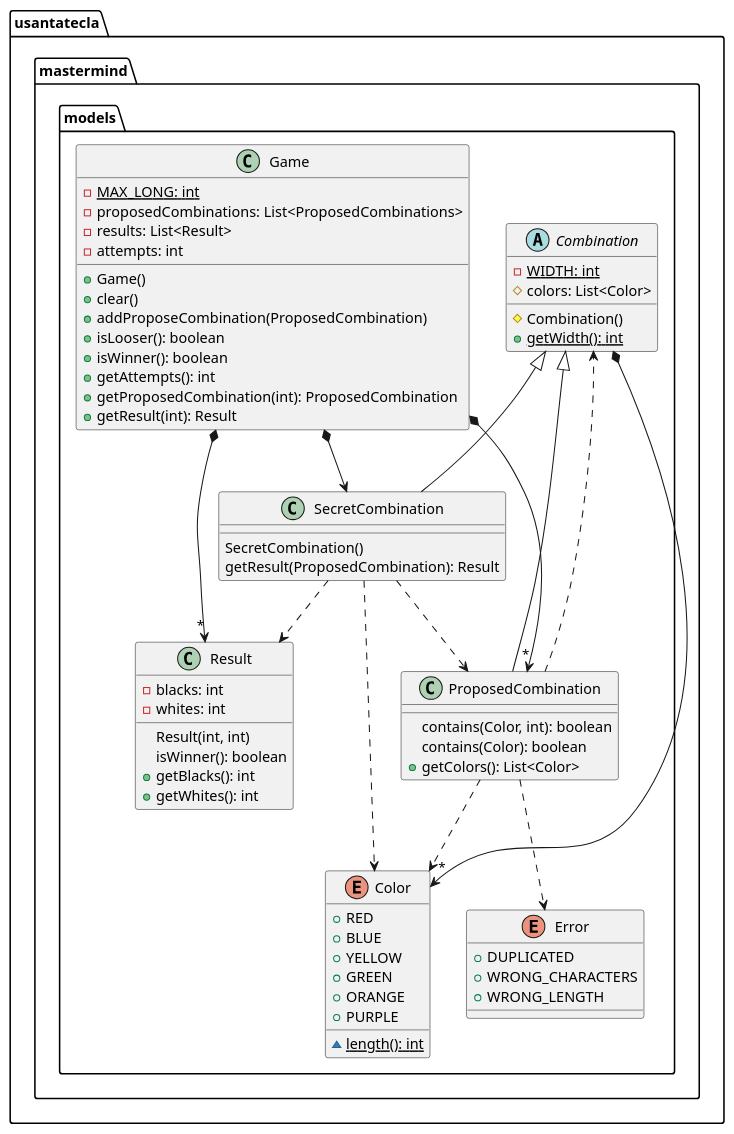
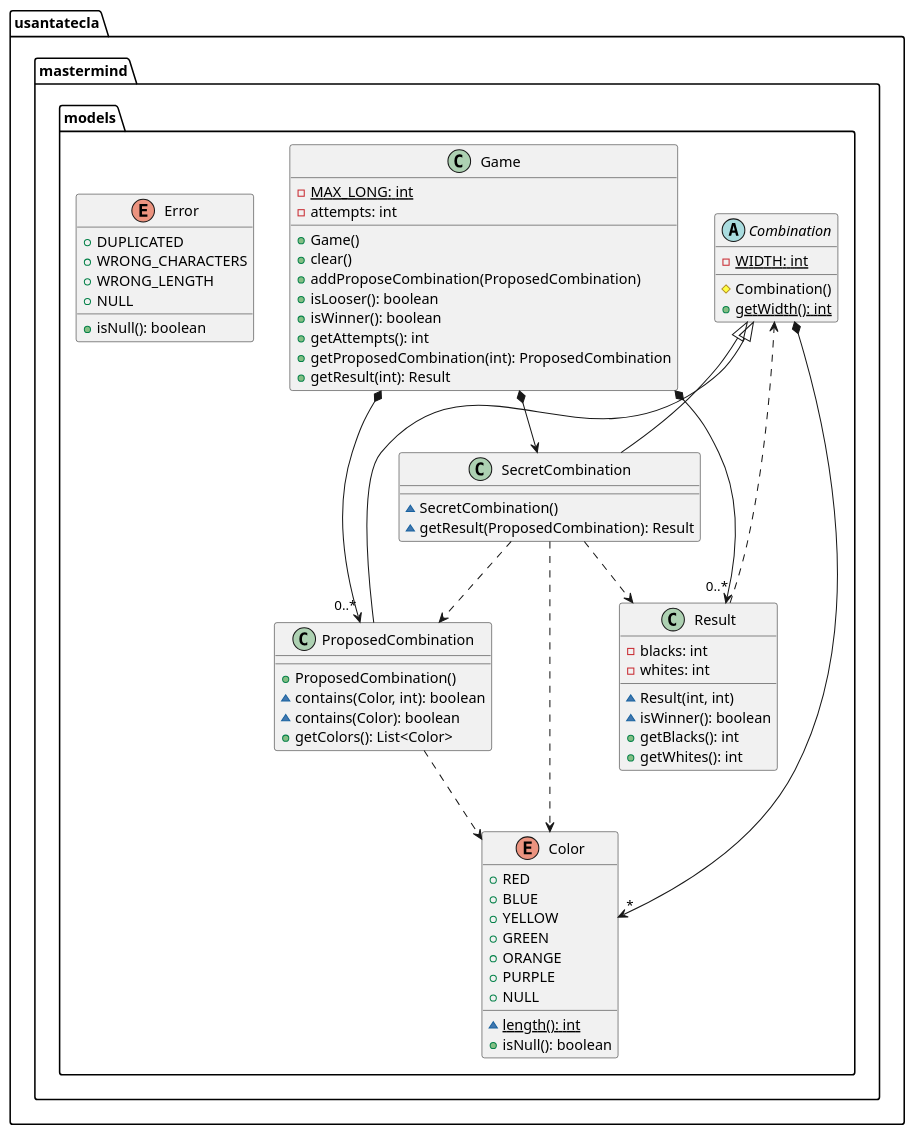
One commit to SantaTecla-mastermind/solution.java.swing.socket.sql changed the fifth of 6 diagrams in documentView/withFactoryMethod/docs/diagrams/src/paquetes.plantuml. Above: the diagram before and after it, drawn with PlantUML. The commit also changed other lines of this file and 17 other files, not shown here.

```diff
--- a/documentView/withFactoryMethod/docs/diagrams/src/paquetes.plantuml
+++ b/documentView/withFactoryMethod/docs/diagrams/src/paquetes.plantuml
@@ -310,72 +346,74 @@
-@startuml mastermind.models
-enum usantatecla.mastermind.models.Color {
-+ RED
-+ BLUE
-+ YELLOW
-+ GREEN
-+ ORANGE
-+ PURPLE
-~ {static} length(): int
-}
-
+@startuml usantatecla.mastermind.models
 abstract class usantatecla.mastermind.models.Combination {
 - {static} WIDTH: int
-# colors: List<Color>
 # Combination()
 + {static} getWidth(): int
 }
 usantatecla.mastermind.models.Combination *-down-> "*" usantatecla.mastermind.models.Color
 
-enum usantatecla.mastermind.models.Error {
-+ DUPLICATED
-+ WRONG_CHARACTERS
-+ WRONG_LENGTH
-}
-
 class usantatecla.mastermind.models.Game {
 - {static} MAX_LONG: int
-- proposedCombinations: List<ProposedCombinations>
-- results: List<Result>
 - attempts: int
 + Game()
 + clear()
 + addProposeCombination(ProposedCombination)
 + isLooser(): boolean
 + isWinner(): boolean
 + getAttempts(): int
 + getProposedCombination(int): ProposedCombination
 + getResult(int): Result
 }
 usantatecla.mastermind.models.Game *-down-> usantatecla.mastermind.models.SecretCombination
-usantatecla.mastermind.models.Game *-down-> "*" usantatecla.mastermind.models.Result
-usantatecla.mastermind.models.Game *-down-> "*" usantatecla.mastermind.models.ProposedCombination
+usantatecla.mastermind.models.Game *-down-> "0..*" usantatecla.mastermind.models.Result
+usantatecla.mastermind.models.Game *-down-> "0..*" usantatecla.mastermind.models.ProposedCombination
 
 class usantatecla.mastermind.models.ProposedCombination {
-contains(Color, int): boolean
-contains(Color): boolean
++ ProposedCombination()
+~ contains(Color, int): boolean
+~ contains(Color): boolean
 + getColors(): List<Color>
 }
 usantatecla.mastermind.models.Combination <|-down- usantatecla.mastermind.models.ProposedCombination
-usantatecla.mastermind.models.ProposedCombination ..> usantatecla.mastermind.models.Error
 usantatecla.mastermind.models.ProposedCombination ..> usantatecla.mastermind.models.Color
 
-class usantatecla.mastermind.models.Result {
-- blacks: int
-- whites: int
-Result(int, int)
-isWinner(): boolean
-+ getBlacks(): int
-+ getWhites(): int
-}
-
-usantatecla.mastermind.models.ProposedCombination ..> usantatecla.mastermind.models.Combination
-
 class usantatecla.mastermind.models.SecretCombination {
-SecretCombination()
-getResult(ProposedCombination): Result
+~ SecretCombination()
+~ getResult(ProposedCombination): Result
 }
 usantatecla.mastermind.models.Combination <|-down- usantatecla.mastermind.models.SecretCombination
 usantatecla.mastermind.models.SecretCombination ..> usantatecla.mastermind.models.Result
 usantatecla.mastermind.models.SecretCombination ..> usantatecla.mastermind.models.ProposedCombination
 usantatecla.mastermind.models.SecretCombination ..> usantatecla.mastermind.models.Color
+
+class usantatecla.mastermind.models.Result {
+- blacks: int
+- whites: int
+~ Result(int, int)
+~ isWinner(): boolean
++ getBlacks(): int
++ getWhites(): int
+}
+
+usantatecla.mastermind.models.Result ..> usantatecla.mastermind.models.Combination
+
+enum usantatecla.mastermind.models.Color {
++ RED
++ BLUE
++ YELLOW
++ GREEN
++ ORANGE
++ PURPLE
++ NULL
+~ {static} length(): int
++ isNull(): boolean
+}
+
+enum usantatecla.mastermind.models.Error {
++ DUPLICATED
++ WRONG_CHARACTERS
++ WRONG_LENGTH
++ NULL
++ isNull(): boolean
+}
+
 @enduml
```
